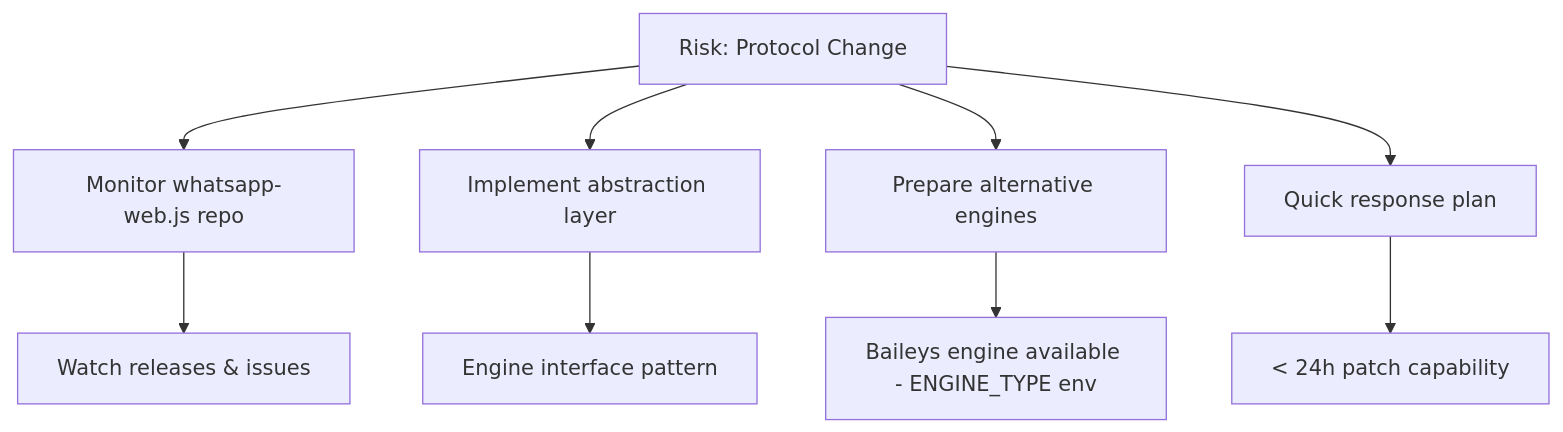
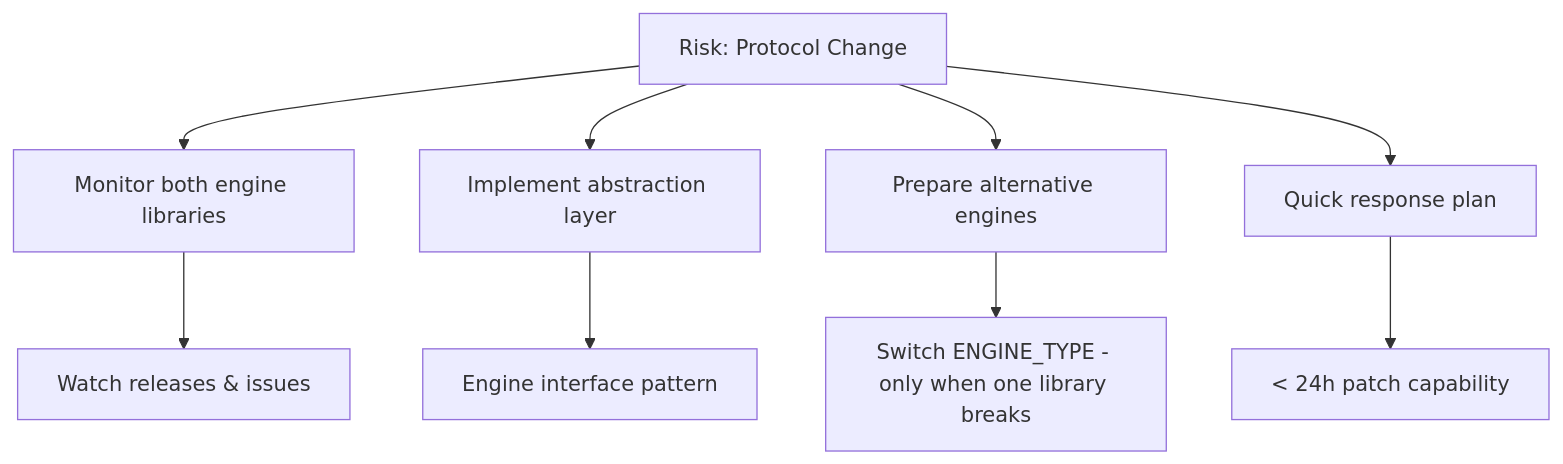
Before and after one commit to Carnaval-Team/VentIQ-seller-App: the second of 11 diagrams in ventiq_admin_app/docs_wapi/16-risk-management.md, drawn with Mermaid. The commit also changed other lines of this file and 65 other files, not shown here.

````diff
--- a/ventiq_admin_app/docs_wapi/16-risk-management.md
+++ b/ventiq_admin_app/docs_wapi/16-risk-management.md
@@ -47,12 +50,12 @@
 ```mermaid
 flowchart TB
-    R[Risk: Protocol Change] --> M1[Monitor whatsapp-web.js repo]
+    R[Risk: Protocol Change] --> M1[Monitor both engine libraries]
     R --> M2[Implement abstraction layer]
     R --> M3[Prepare alternative engines]
     R --> M4[Quick response plan]
 
     M1 --> A1[Watch releases & issues]
     M2 --> A2[Engine interface pattern]
-    M3 --> A3[Baileys engine available - ENGINE_TYPE env]
+    M3 --> A3[Switch ENGINE_TYPE - only when one library breaks]
     M4 --> A4[< 24h patch capability]
 ```
````
